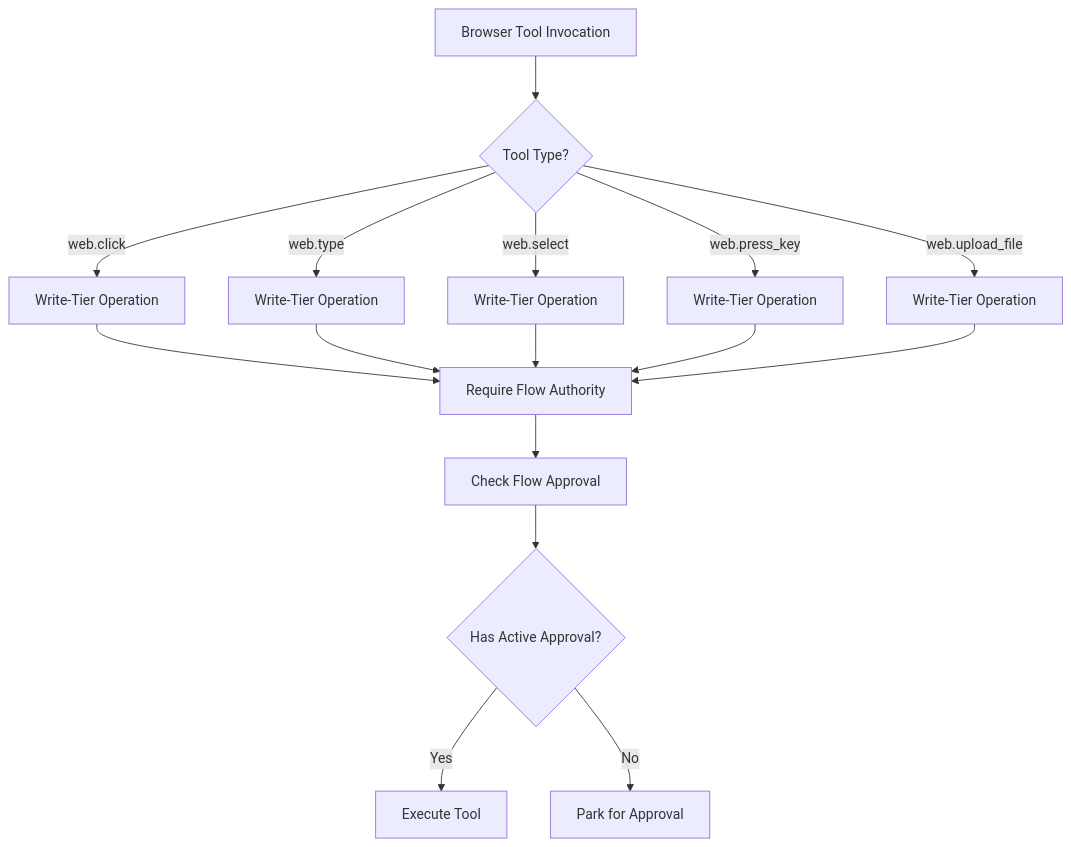
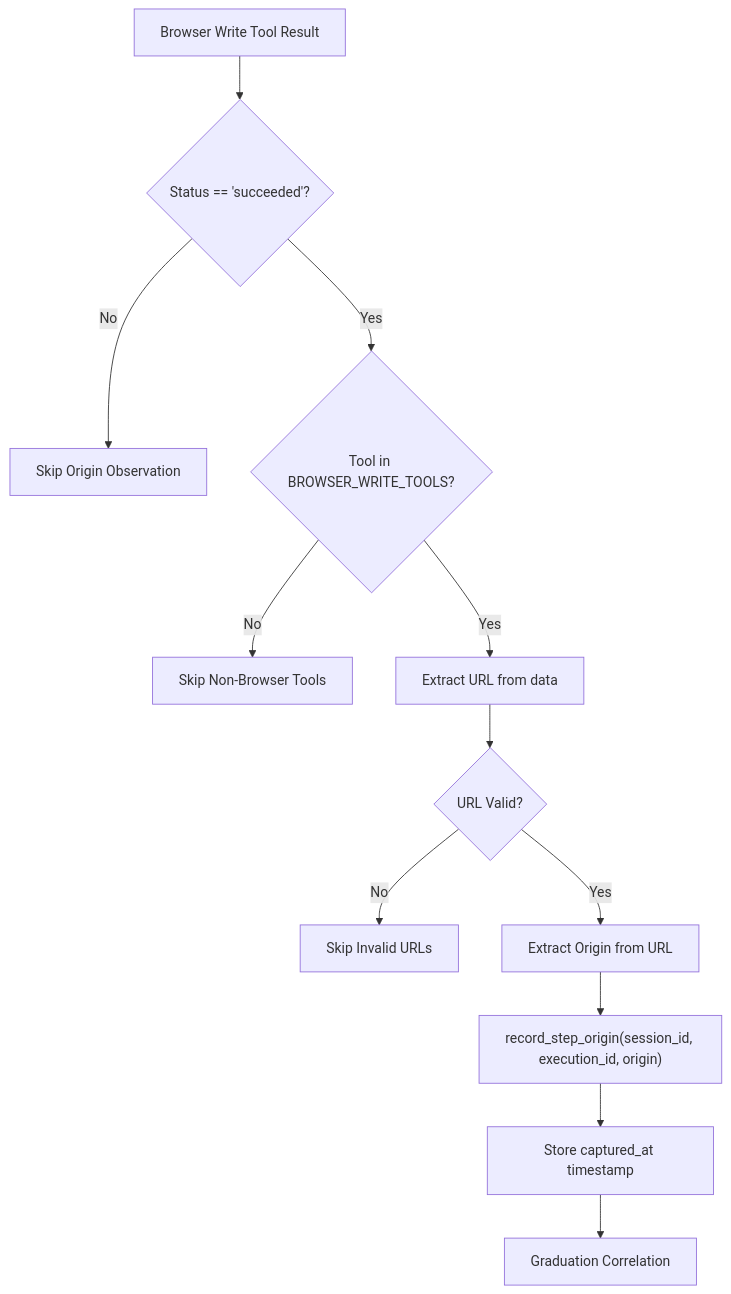
One commit to metasync/luban-aiops changed the ninth of 41 diagrams in .qoder/repowiki/en/content/Agent Platform Service/Agent Platform Service.md. Above: the diagram before and after it, drawn with Mermaid. The commit also changed other lines of this file and 48 other files, not shown here.

````diff
--- a/.qoder/repowiki/en/content/Agent Platform Service/Agent Platform Service.md
+++ b/.qoder/repowiki/en/content/Agent Platform Service/Agent Platform Service.md
@@ -816,18 +1003,14 @@
 ```mermaid
 flowchart TD
-A["Browser Tool Invocation"] --> B{"Tool Type?"}
-B --> |web.click| C["Write-Tier Operation"]
-B --> |web.type| D["Write-Tier Operation"]
-B --> |web.select| E["Write-Tier Operation"]
-B --> |web.press_key| F["Write-Tier Operation"]
-B --> |web.upload_file| G["Write-Tier Operation"]
-C --> H["Require Flow Authority"]
-D --> H
-E --> H
-F --> H
-G --> H
-H --> I["Check Flow Approval"]
-I --> J{"Has Active Approval?"}
-J --> |Yes| K["Execute Tool"]
-J --> |No| L["Park for Approval"]
+A["Browser Write Tool Result"] --> B{"Status == 'succeeded'?"}
+B --> |No| C["Skip Origin Observation"]
+B --> |Yes| D{"Tool in BROWSER_WRITE_TOOLS?"}
+D --> |No| E["Skip Non-Browser Tools"]
+D --> |Yes| F["Extract URL from data"]
+F --> G{"URL Valid?"}
+G --> |No| H["Skip Invalid URLs"]
+G --> |Yes| I["Extract Origin from URL"]
+I --> J["record_step_origin(session_id, execution_id, origin)"]
+J --> K["Store captured_at timestamp"]
+K --> L["Graduation Correlation"]
 ```
````
